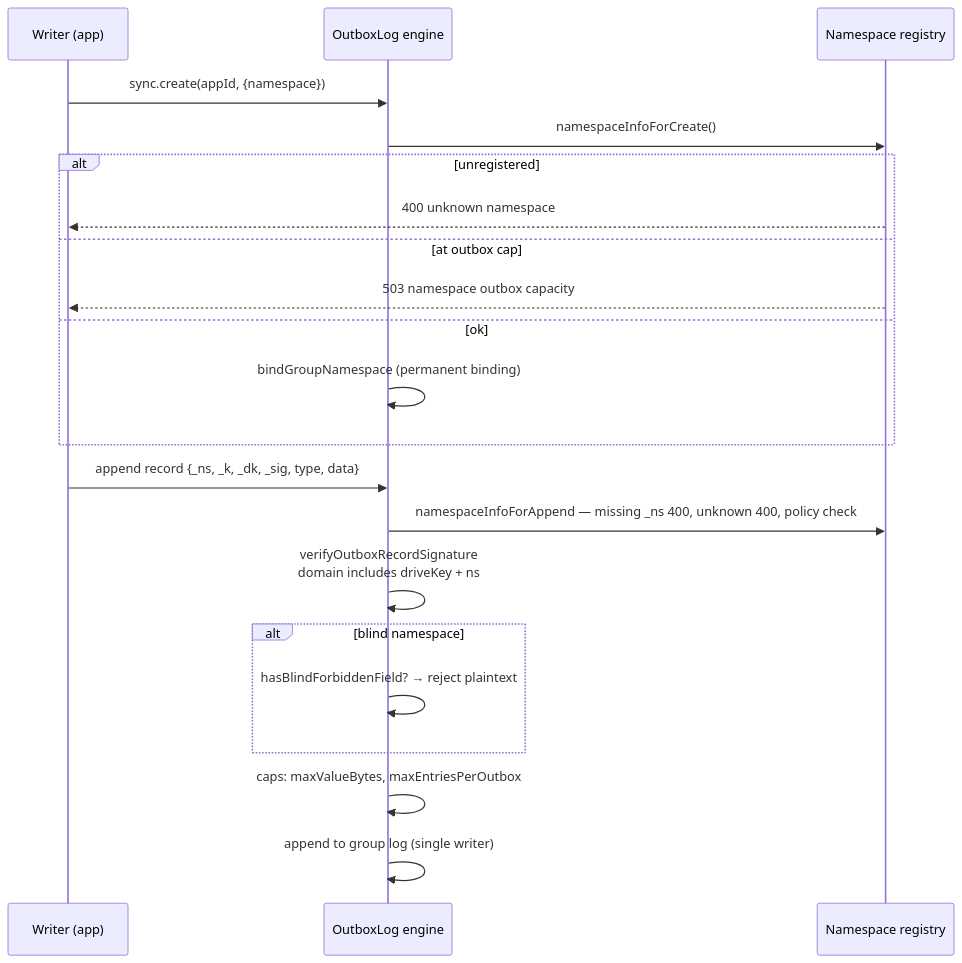
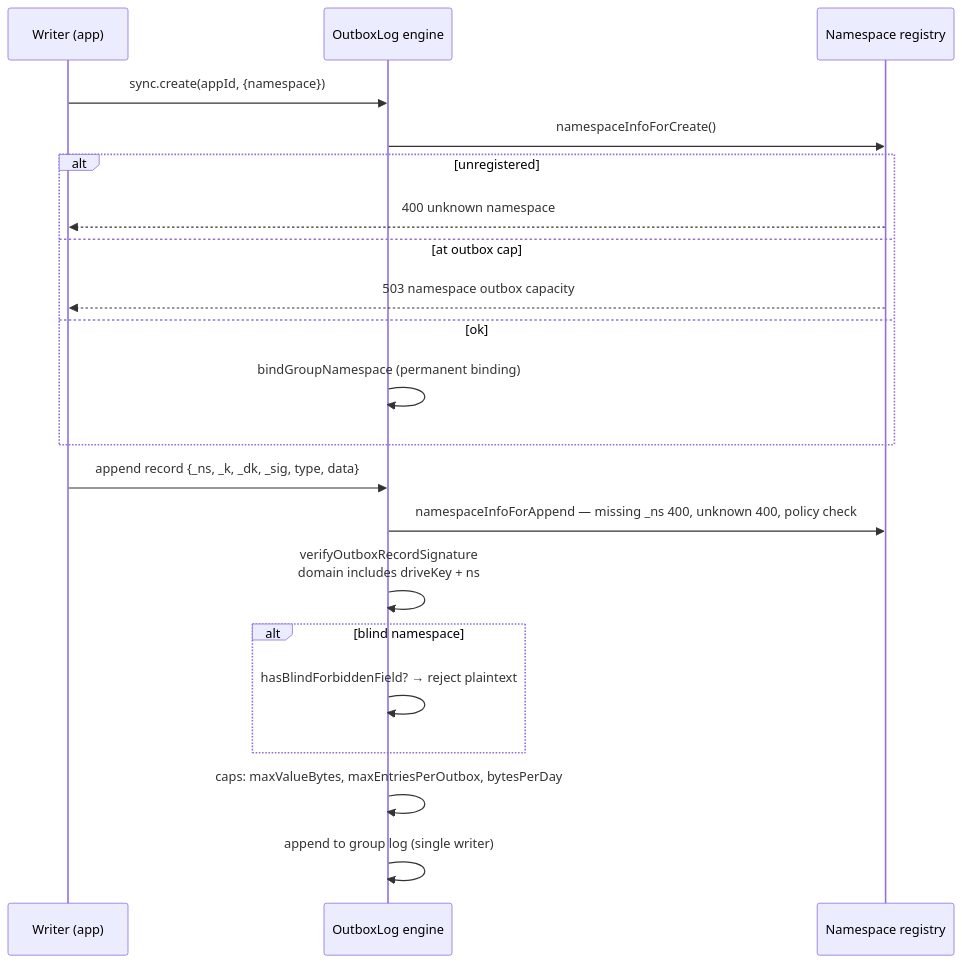
The third of 5 diagrams in docs/NAMESPACE.md (bigdestiny2/P2P-Hiverelay), drawn with Mermaid before and after one commit. The commit also changed other lines of this file and 2 other files, not shown here.

First line of the commit message:
feat(outboxlog): enforce namespace caps.bytesPerDay (rolling 24h ingest window)

````diff
--- a/docs/NAMESPACE.md
+++ b/docs/NAMESPACE.md
@@ -64,25 +64,25 @@
 ```mermaid
 sequenceDiagram
   participant W as Writer (app)
   participant E as OutboxLog engine
   participant R as Namespace registry
 
   W->>E: sync.create(appId, {namespace})
   E->>R: namespaceInfoForCreate()
   alt unregistered
     R-->>W: 400 unknown namespace
   else at outbox cap
     R-->>W: 503 namespace outbox capacity
   else ok
     E->>E: bindGroupNamespace (permanent binding)
   end
 
   W->>E: append record {_ns, _k, _dk, _sig, type, data}
   E->>R: namespaceInfoForAppend — missing _ns 400, unknown 400, policy check
   E->>E: verifyOutboxRecordSignature<br/>domain includes driveKey + ns
   alt blind namespace
     E->>E: hasBlindForbiddenField? → reject plaintext
   end
-  E->>E: caps: maxValueBytes, maxEntriesPerOutbox
+  E->>E: caps: maxValueBytes, maxEntriesPerOutbox, bytesPerDay
   E->>E: append to group log (single writer)
 ```
````
